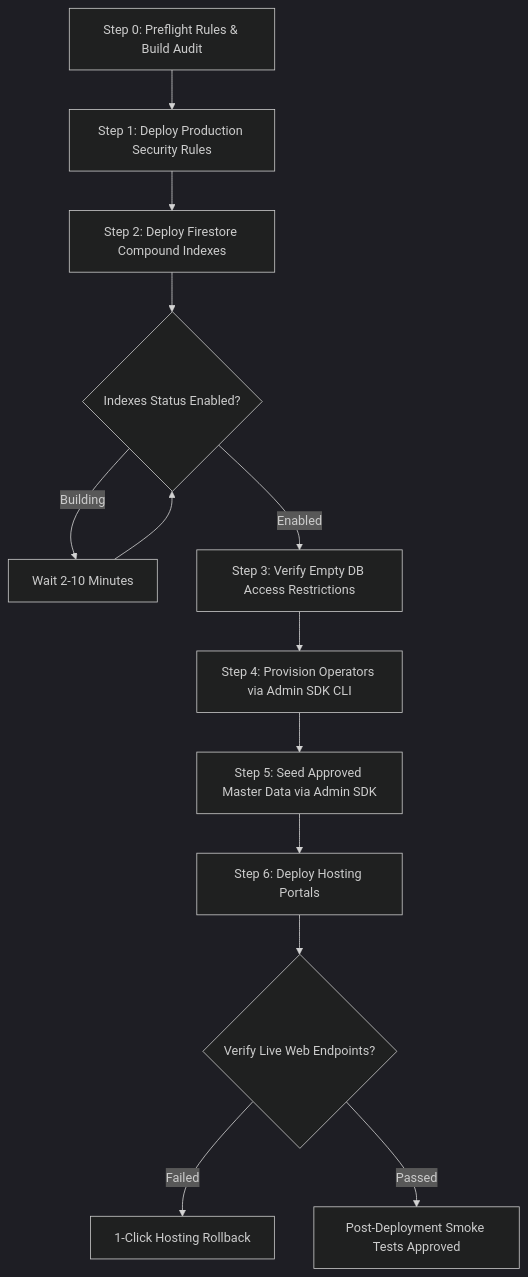
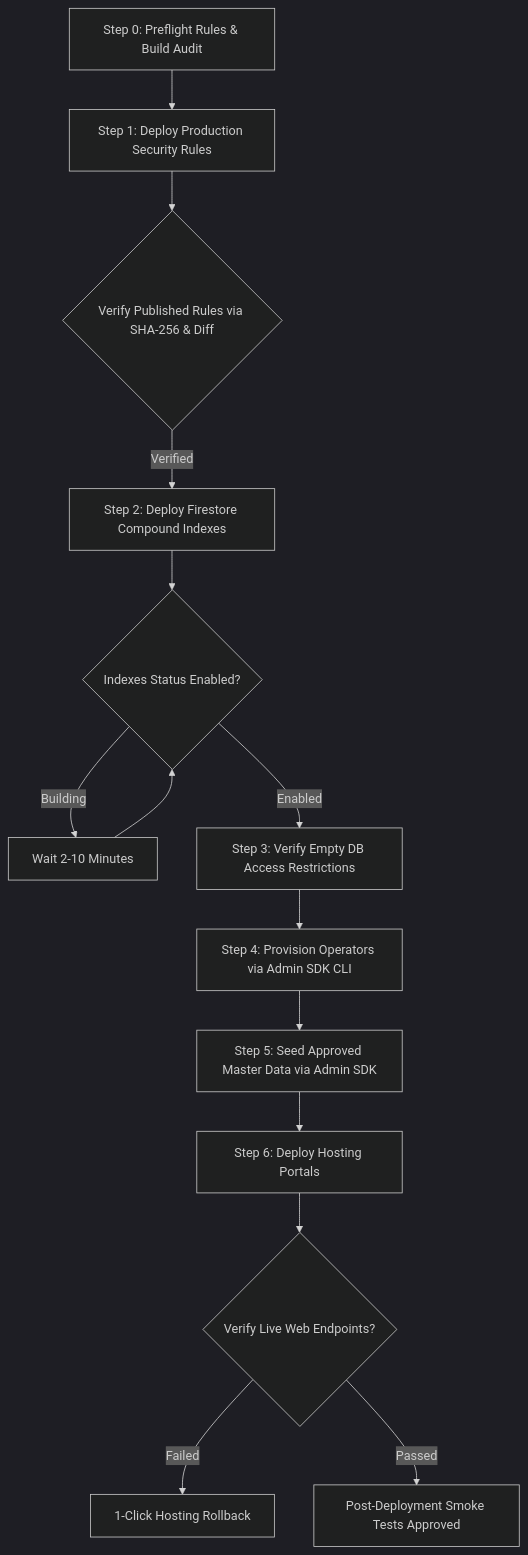
One commit to throwawaybtm/simak-diskum-v5 changed the diagram in department-agenda-firebase/docs/DEPLOYMENT_RUNBOOK.md. Above: the diagram before and after it, drawn with Mermaid (dark theme). The commit also changed other lines of this file and 14 other files, not shown here.

Commit message:
docs(p02a): complete final sign-off checks, published rules content verification, and author P02_A_FINAL_HANDOFF.md

````diff
--- a/department-agenda-firebase/docs/DEPLOYMENT_RUNBOOK.md
+++ b/department-agenda-firebase/docs/DEPLOYMENT_RUNBOOK.md
@@ -58,15 +58,16 @@
 ```mermaid
 flowchart TD
     G1[Step 0: Preflight Rules & Build Audit] --> D1[Step 1: Deploy Production Security Rules]
-    D1 --> D2[Step 2: Deploy Firestore Compound Indexes]
+    D1 --> V0{Verify Published Rules via SHA-256 & Diff}
+    V0 -- Verified --> D2[Step 2: Deploy Firestore Compound Indexes]
     D2 --> V1{Indexes Status Enabled?}
     V1 -- Building --> W1[Wait 2-10 Minutes]
     W1 --> V1
     V1 -- Enabled --> D3[Step 3: Verify Empty DB Access Restrictions]
     D3 --> D4[Step 4: Provision Operators via Admin SDK CLI]
     D4 --> D5[Step 5: Seed Approved Master Data via Admin SDK]
     D5 --> D6[Step 6: Deploy Hosting Portals]
     D6 --> V2{Verify Live Web Endpoints?}
     V2 -- Failed --> R2[1-Click Hosting Rollback]
     V2 -- Passed --> S1[Post-Deployment Smoke Tests Approved]
 ```
````
